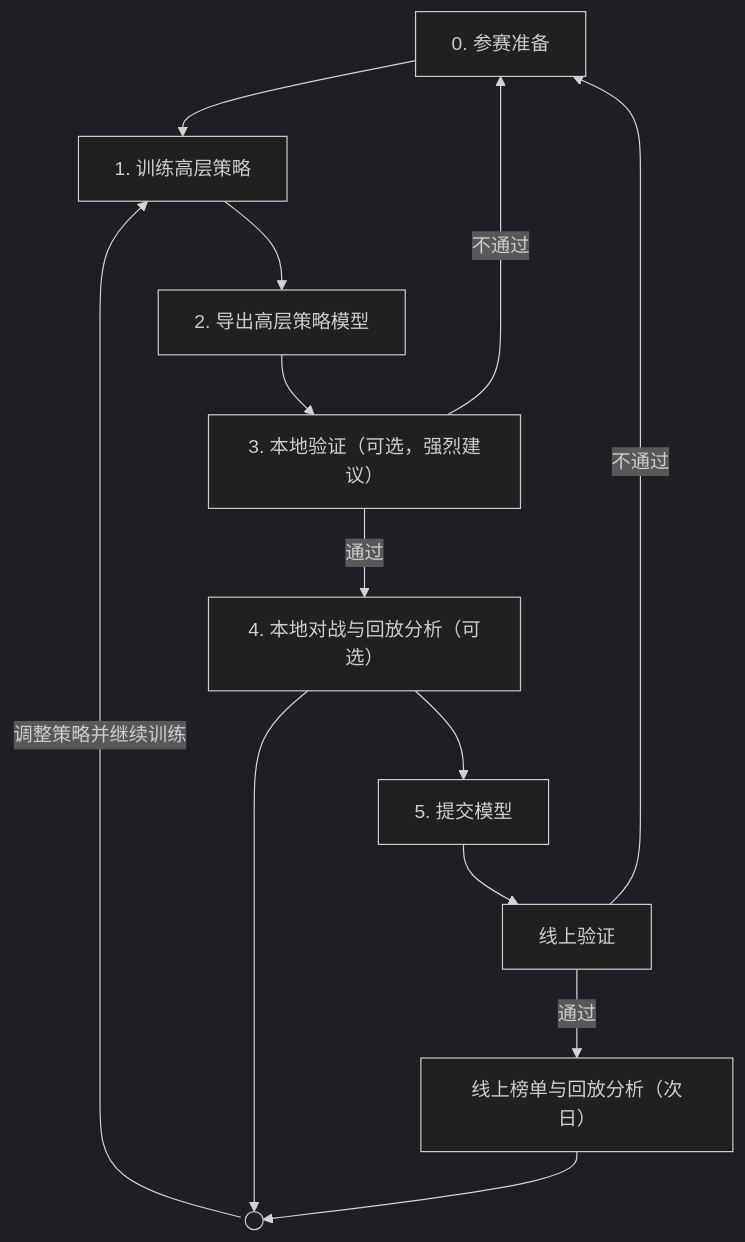
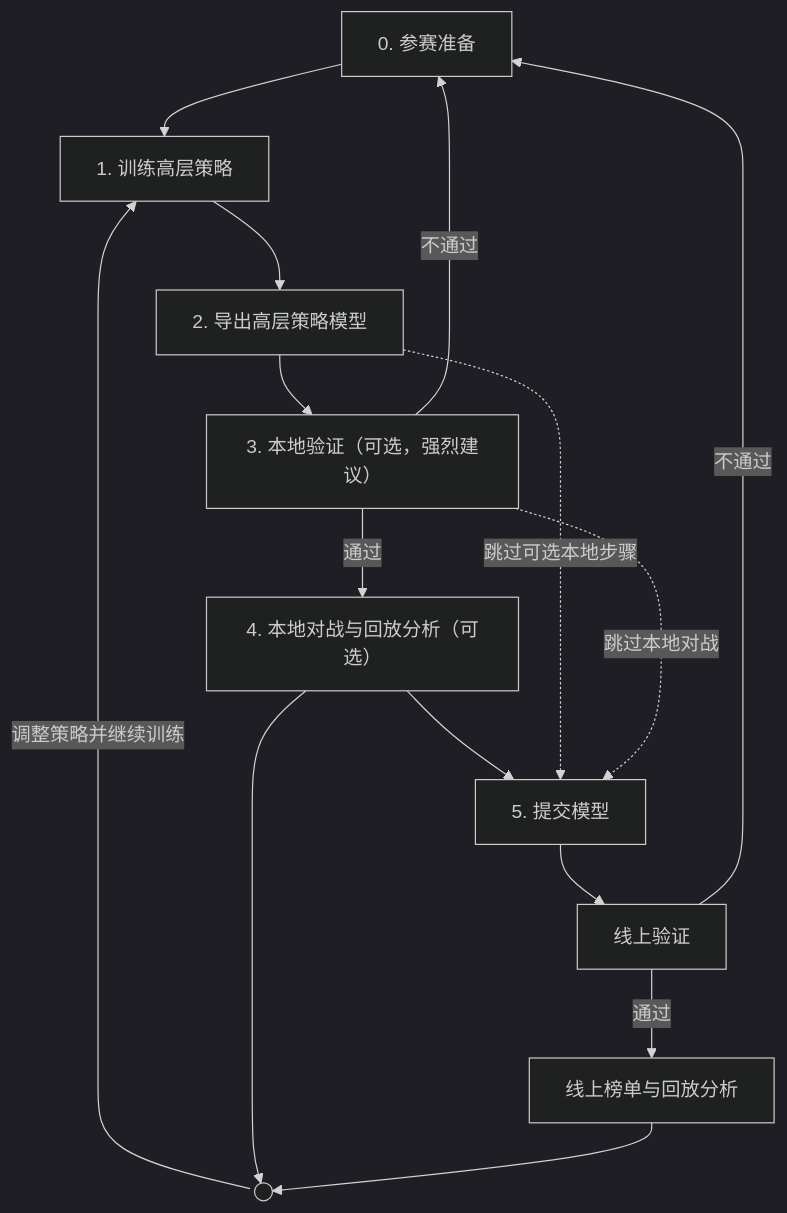
Before and after one commit to HorizonRobotics/HoloMotion: the second of 2 diagrams in holoboxing/README.zh-CN.md, drawn with Mermaid (dark theme). The commit also changed other lines of this file and 39 other files, not shown here.

````diff
--- a/holoboxing/README.zh-CN.md
+++ b/holoboxing/README.zh-CN.md
@@ -154,17 +210,19 @@
 ```mermaid
 flowchart TD
     Prep[0. 参赛准备] --> Train[1. 训练高层策略]
     Train <-->|调整策略并继续训练| Feedback(( ))
     Train --> Export[2. 导出高层策略模型]
     Export --> Check["3. 本地验证（可选，强烈建议）"]
     Check -->|通过| Review["4. 本地对战与回放分析（可选）"]
     Check -->|不通过| Prep
     Review --> Feedback(( ))
     Review --> Submit[5. 提交模型]
+    Export -.->|跳过可选本地步骤| Submit
+    Check -.->|跳过本地对战| Submit
     Submit --> Cloud[线上验证]
-    Cloud -->|通过| Online["线上榜单与回放分析（次日）"]
+    Cloud -->|通过| Online["线上榜单与回放分析"]
     Cloud -->|不通过| Prep
     Online --> Feedback
     %% Keep only the arrow pointing back to training.
     linkStyle 1 marker-end:none
 ```
````
